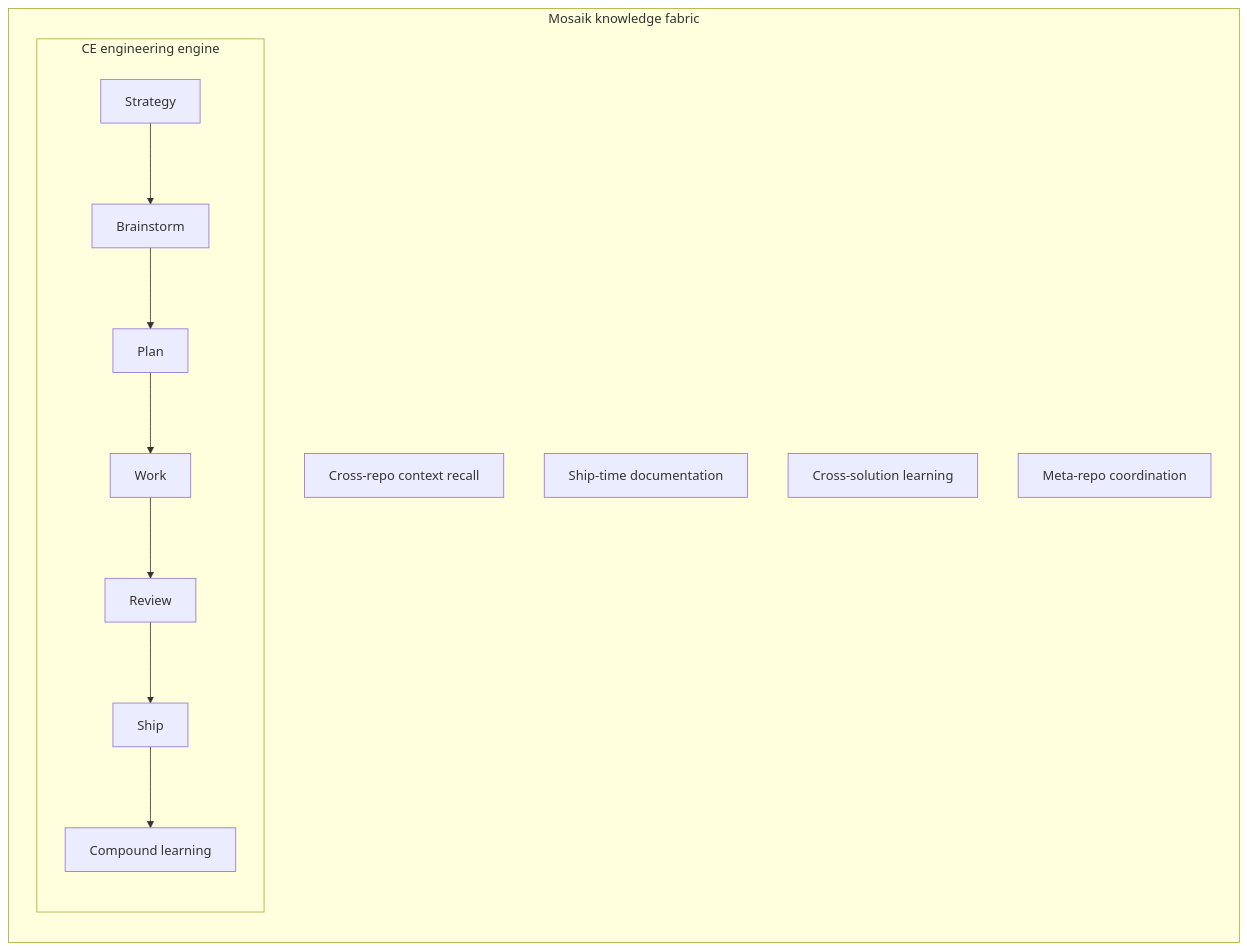
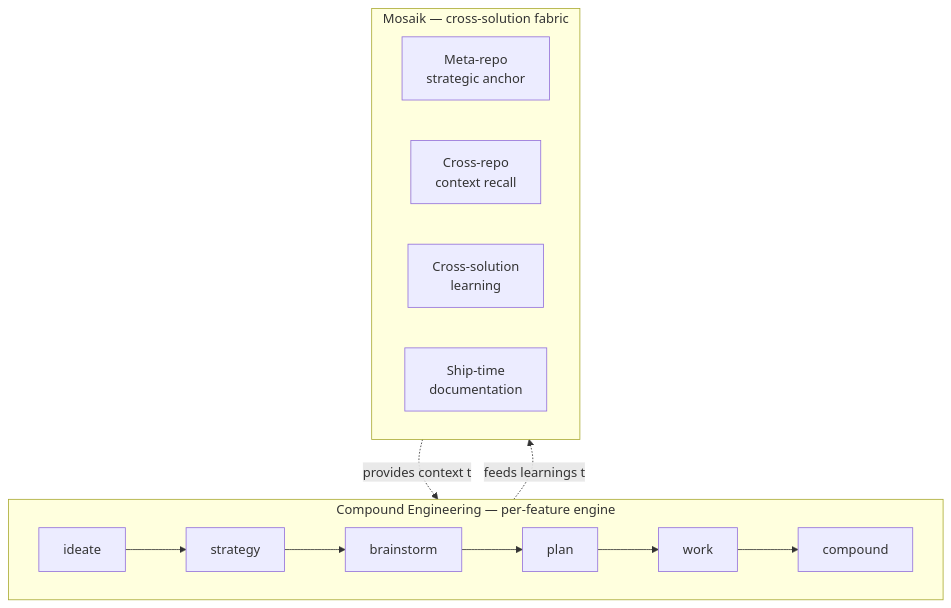
One commit to okabadayi/mosaik changed the first of 2 diagrams in README.md. Above: the diagram before and after it, drawn with Mermaid. The commit also changed other lines of this file and 1 other file, not shown here.

First line of the commit message:
v0.1.0: tighten Mosaik foundations framing across README + TECHNICAL

````diff
--- a/README.md
+++ b/README.md
@@ -45,21 +75,16 @@
 ```mermaid
 graph TB
-    subgraph "Mosaik knowledge fabric"
-        direction TB
-        F1[Cross-repo context recall]
-        F2[Ship-time documentation]
-        F3[Cross-solution learning]
-        F4[Meta-repo coordination]
-        subgraph "CE engineering engine"
-            direction TB
-            E1[Strategy]
-            E2[Brainstorm]
-            E3[Plan]
-            E4[Work]
-            E5[Review]
-            E6[Ship]
-            E7[Compound learning]
-            E1 --> E2 --> E3 --> E4 --> E5 --> E6 --> E7
-        end
+    subgraph CE ["Compound Engineering — per-feature engine"]
+        direction LR
+        E1[ideate] --> E2[strategy] --> E3[brainstorm] --> E4[plan] --> E5[work] --> E6[compound]
     end
+    subgraph Mosaik ["Mosaik — cross-solution fabric"]
+        direction LR
+        M1[Meta-repo<br/>strategic anchor]
+        M2[Cross-repo<br/>context recall]
+        M3[Cross-solution<br/>learning]
+        M4[Ship-time<br/>documentation]
+    end
+    CE -.feeds learnings to.-> Mosaik
+    Mosaik -.provides context to.-> CE
 ```
````
